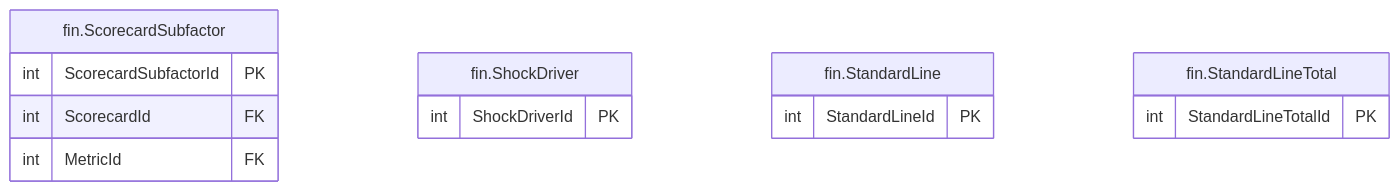
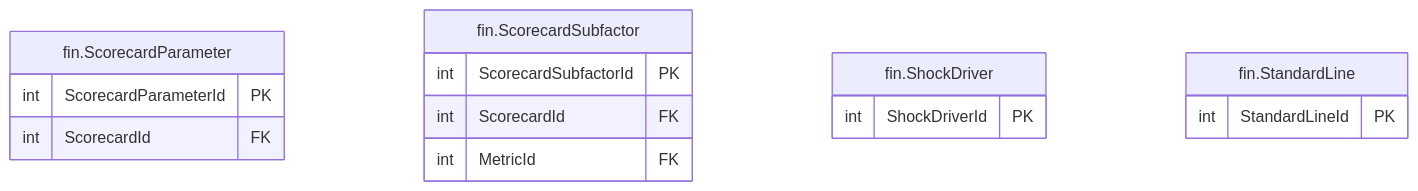
The diagram in treasury-platform/docs/diagrams/erd/m5_financials_13.mmd (thawrasy/smartlines), drawn with Mermaid before and after one commit. The commit also changed 188 other files, not shown here.

```diff
--- a/treasury-platform/docs/diagrams/erd/m5_financials_13.mmd
+++ b/treasury-platform/docs/diagrams/erd/m5_financials_13.mmd
@@ -1,16 +1,17 @@
-%% م5 · البيانات المالية والأرصدة (13/14) — Financial statements & balances
+%% م5 · البيانات المالية والأرصدة (13/15) — Financial statements & balances
 erDiagram
+  fin_ScorecardParameter["fin.ScorecardParameter"] {
+    int ScorecardParameterId PK
+    int ScorecardId FK
+  }
   fin_ScorecardSubfactor["fin.ScorecardSubfactor"] {
     int ScorecardSubfactorId PK
     int ScorecardId FK
     int MetricId FK
   }
   fin_ShockDriver["fin.ShockDriver"] {
     int ShockDriverId PK
   }
   fin_StandardLine["fin.StandardLine"] {
     int StandardLineId PK
   }
-  fin_StandardLineTotal["fin.StandardLineTotal"] {
-    int StandardLineTotalId PK
-  }
```
